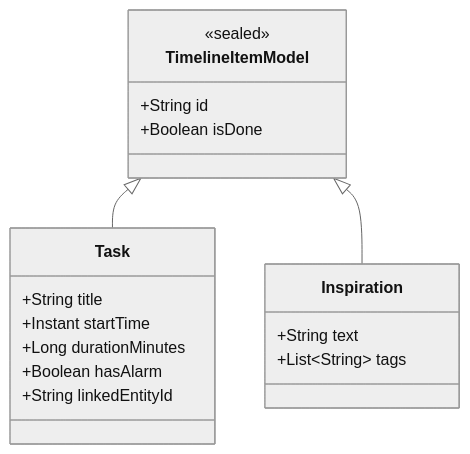
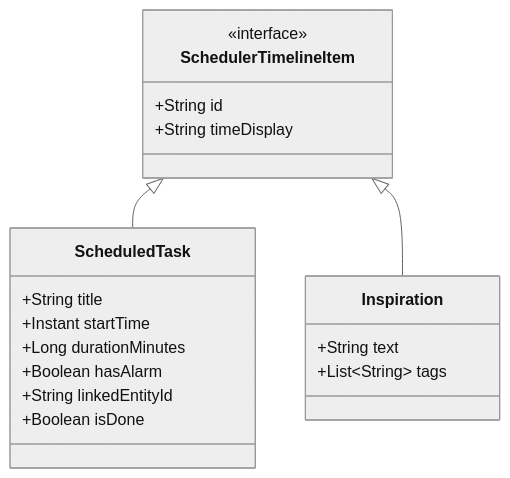
One commit to esir-nus/smart-sales-main changed the diagram in docs/cerb-ui/scheduler/spec.md. Above: the diagram before and after it, drawn with Mermaid (neutral theme). The commit also changed 9 other files, not shown here.

````diff
--- a/docs/cerb-ui/scheduler/spec.md
+++ b/docs/cerb-ui/scheduler/spec.md
@@ -22,21 +22,22 @@
 ```mermaid
 classDiagram
-    class TimelineItemModel {
-        <<sealed>>
+    class SchedulerTimelineItem {
+        <<interface>>
         +String id
-        +Boolean isDone
+        +String timeDisplay
     }
-    class Task {
+    class ScheduledTask {
         +String title
         +Instant startTime
         +Long durationMinutes
         +Boolean hasAlarm
         +String linkedEntityId
+        +Boolean isDone
     }
     class Inspiration {
         +String text
         +List~String~ tags
     }
-    TimelineItemModel <|-- Task
-    TimelineItemModel <|-- Inspiration
+    SchedulerTimelineItem <|-- ScheduledTask
+    SchedulerTimelineItem <|-- Inspiration
 ```
````
